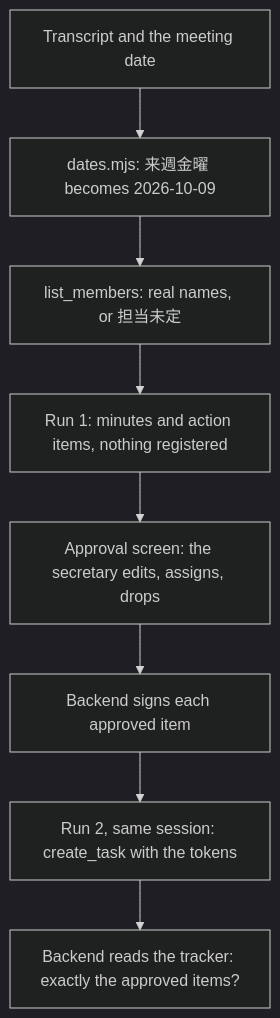
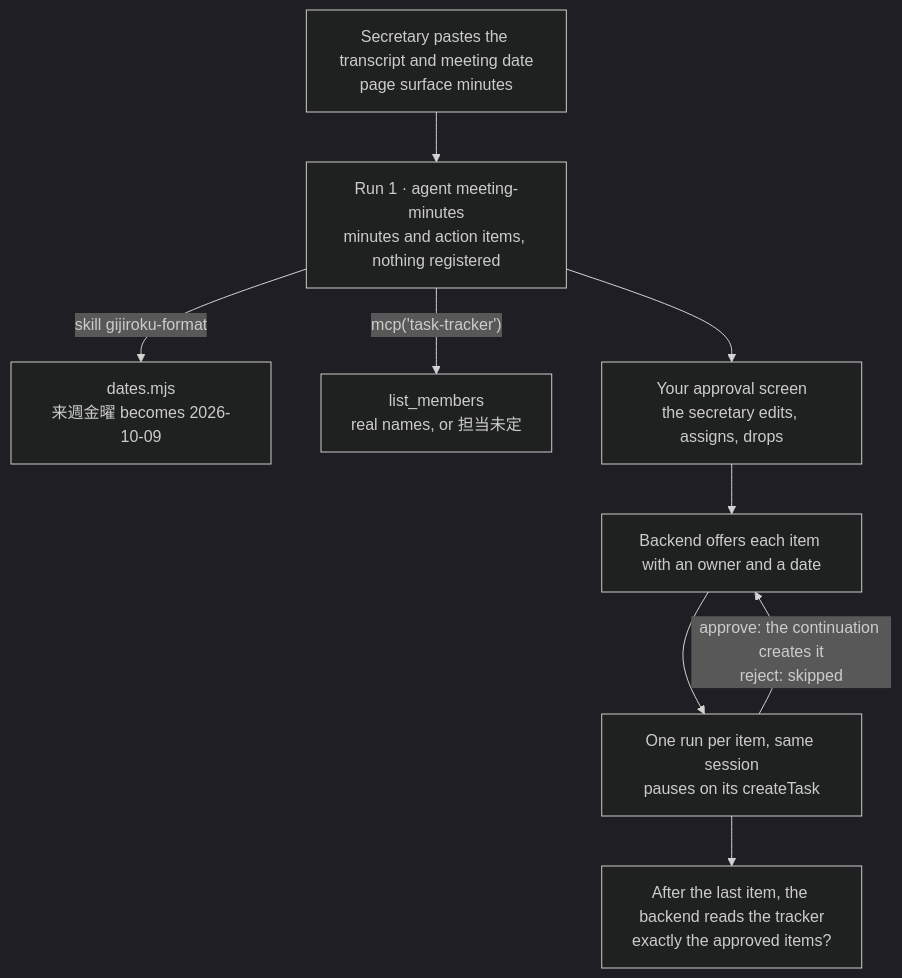
Before and after one commit to indxjp/agent-workspace: the diagram in docs/sdk/site/tutorials/meeting-minutes.mdx, drawn with Mermaid (dark theme). The commit also changed other lines of this file and 2629 other files, not shown here.

````diff
--- a/docs/sdk/site/tutorials/meeting-minutes.mdx
+++ b/docs/sdk/site/tutorials/meeting-minutes.mdx
@@ -37,10 +41,11 @@
 ```mermaid
 flowchart TD
-  T["Transcript and the meeting date"] --> S["dates.mjs: 来週金曜 becomes 2026-10-09"]
-  S --> L["list_members: real names, or 担当未定"]
-  L --> D["Run 1: minutes and action items, nothing registered"]
-  D --> P["Approval screen: the secretary edits, assigns, drops"]
-  P --> K["Backend signs each approved item"]
-  K --> R["Run 2, same session: create_task with the tokens"]
-  R --> V["Backend reads the tracker: exactly the approved items?"]
+  T["Secretary pastes the transcript and meeting date<br/>page surface minutes"] --> R1["Run 1 · agent meeting-minutes<br/>minutes and action items, nothing registered"]
+  R1 -- "skill gijiroku-format" --> S["dates.mjs<br/>来週金曜 becomes 2026-10-09"]
+  R1 -- "mcp('task-tracker')" --> L["list_members<br/>real names, or 担当未定"]
+  R1 --> P["Your approval screen<br/>the secretary edits, assigns, drops"]
+  P --> K["Backend offers each item with an owner and a date"]
+  K --> R2["One run per item, same session<br/>pauses on its createTask"]
+  R2 -- "approve: the continuation creates it<br/>reject: skipped" --> K
+  R2 --> V["After the last item, the backend reads the tracker<br/>exactly the approved items?"]
 ```
````
